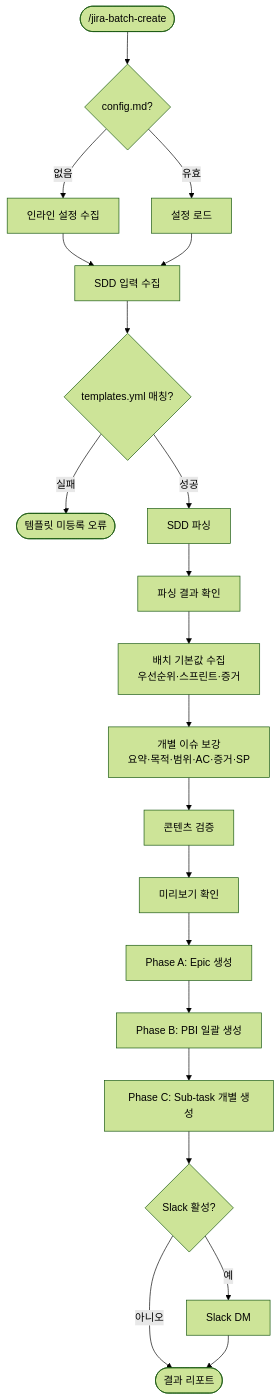
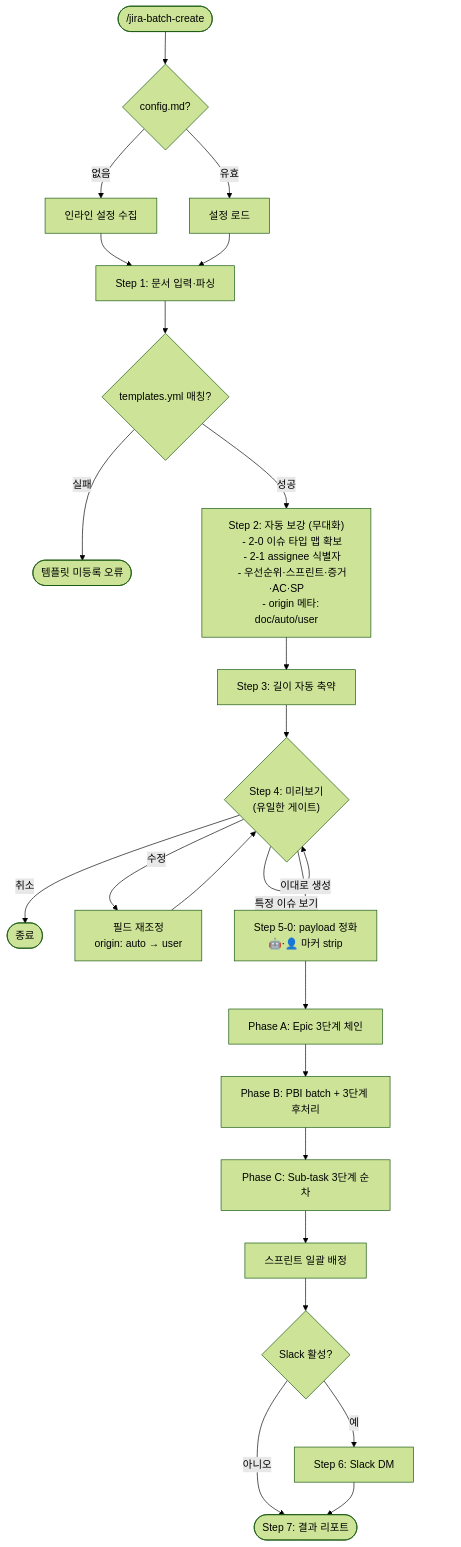
Before and after one commit to Park-Seung-Hun/atlassian-skills: the fourth of 4 diagrams in jira-create/README.md, drawn with Mermaid (forest theme). The commit also changed other lines of this file, not shown here.

First line of the commit message:
docs(jira-batch-create): README 재설계 반영

````diff
--- a/jira-create/README.md
+++ b/jira-create/README.md
@@ -127,22 +127,32 @@
 ```mermaid
 flowchart TD
     A(["/jira-batch-create"]) --> B{config.md?}
     B -- 없음 --> C[인라인 설정 수집]
     B -- 유효 --> D[설정 로드]
-    C & D --> E[SDD 입력 수집]
+    C & D --> E[Step 1: 문서 입력·파싱]
     E --> F{templates.yml 매칭?}
     F -- 실패 --> G([템플릿 미등록 오류])
-    F -- 성공 --> H[SDD 파싱]
-    H --> I[파싱 결과 확인]
-    I --> J[배치 기본값 수집\n우선순위·스프린트·증거]
-    J --> K[개별 이슈 보강\n요약·목적·범위·AC·증거·SP]
-    K --> L[콘텐츠 검증]
-    L --> M[미리보기 확인]
-    M --> N[Phase A: Epic 생성]
-    N --> O[Phase B: PBI 일괄 생성]
-    O --> P[Phase C: Sub-task 개별 생성]
+    F -- 성공 --> H["Step 2: 자동 보강 (무대화)
+    - 2-0 이슈 타입 맵 확보
+    - 2-1 assignee 식별자
+    - 우선순위·스프린트·증거·AC·SP
+    - origin 메타: doc/auto/user"]
+    H --> I[Step 3: 길이 자동 축약]
+    I --> J{"Step 4: 미리보기
+    (유일한 게이트)"}
+    J -- 취소 --> Z([종료])
+    J -- 특정 이슈 보기 --> J
+    J -- 수정 --> K["필드 재조정
+    origin: auto → user"]
+    K --> J
+    J -- 이대로 생성 --> L["Step 5-0: payload 정화
+    🤖·👤 마커 strip"]
+    L --> M[Phase A: Epic 3단계 체인]
+    M --> N[Phase B: PBI batch + 3단계 후처리]
+    N --> O[Phase C: Sub-task 3단계 순차]
+    O --> P[스프린트 일괄 배정]
     P --> Q{Slack 활성?}
-    Q -- 예 --> R[Slack DM]
-    Q -- 아니오 --> S([결과 리포트])
+    Q -- 예 --> R[Step 6: Slack DM]
+    Q -- 아니오 --> S([Step 7: 결과 리포트])
     R --> S
 ```
````
